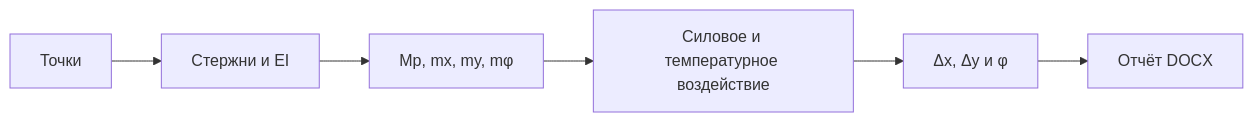
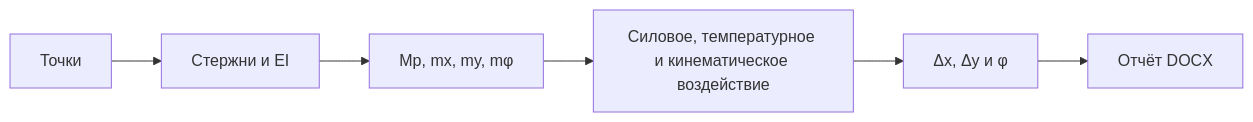
The diagram in README.md (thetskerp/mohr-frame-calculator), drawn with Mermaid before and after one commit. The commit also changed other lines of this file and 10 other files, not shown here.

````diff
--- a/README.md
+++ b/README.md
@@ -44,8 +48,8 @@
 ```mermaid
 flowchart LR
     A[Точки] --> B[Стержни и EI]
     B --> C[Mp, mx, my, mφ]
-    C --> D[Силовое и температурное воздействие]
+    C --> D[Силовое, температурное и кинематическое воздействие]
     D --> E[Δx, Δy и φ]
     E --> F[Отчёт DOCX]
 ```
````
